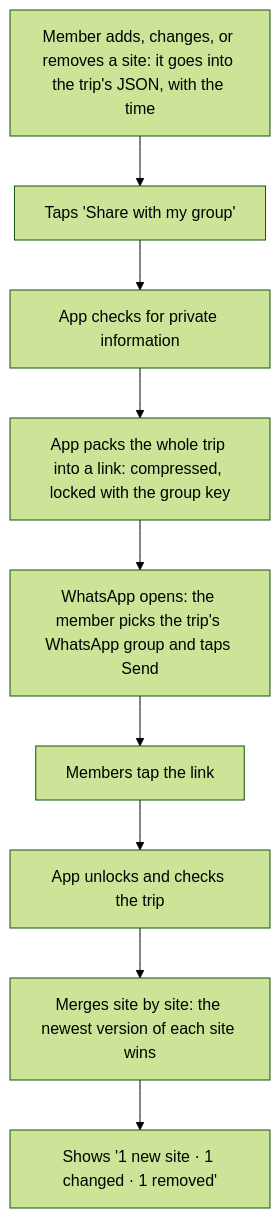
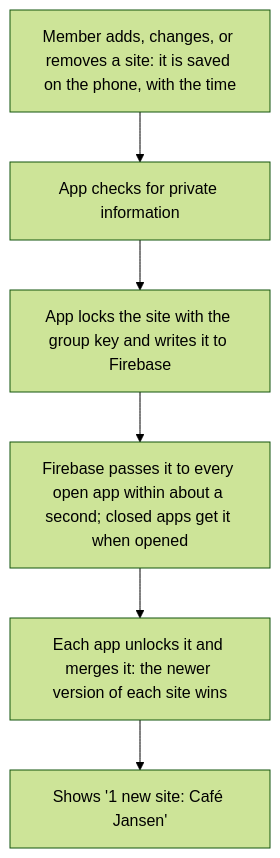
One commit to projects-rs/trip-map changed the third of 3 diagrams in docs/DESIGN.md. Above: the diagram before and after it, drawn with Mermaid (forest theme). The commit also changed other lines of this file, not shown here.

First line of the commit message:
Design: group trips through Firebase only; discard the WhatsApp stage

````diff
--- a/docs/DESIGN.md
+++ b/docs/DESIGN.md
@@ -1073,11 +985,8 @@
 ```mermaid
 flowchart TD
-    A["Member adds, changes, or removes a site: it goes into the trip's JSON, with the time"] --> B["Taps 'Share with my group'"]
-    B --> C["App checks for private information"]
-    C --> D["App packs the whole trip into a link: compressed, locked with the group key"]
-    D --> E["WhatsApp opens: the member picks the trip's WhatsApp group and taps Send"]
-    E --> F["Members tap the link"]
-    F --> G["App unlocks and checks the trip"]
-    G --> H["Merges site by site: the newest version of each site wins"]
-    H --> I["Shows '1 new site · 1 changed · 1 removed'"]
+    A["Member adds, changes, or removes a site: it is saved on the phone, with the time"] --> B["App checks for private information"]
+    B --> C["App locks the site with the group key and writes it to Firebase"]
+    C --> D["Firebase passes it to every open app within about a second; closed apps get it when opened"]
+    D --> E["Each app unlocks it and merges it: the newer version of each site wins"]
+    E --> F["Shows '1 new site: Café Jansen'"]
 ```
````
